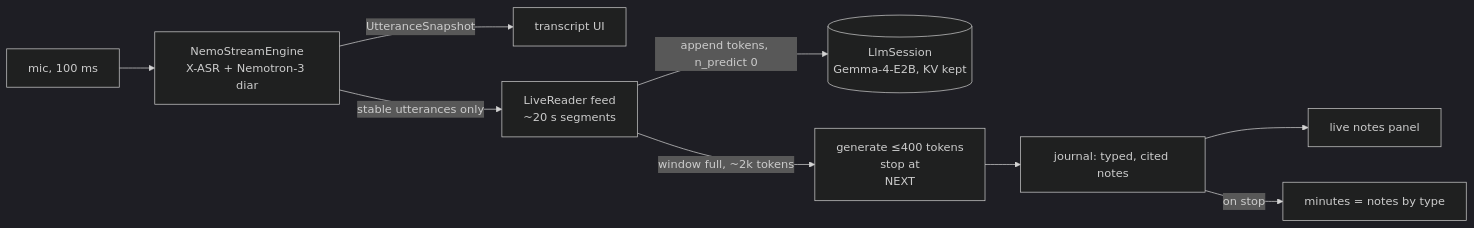
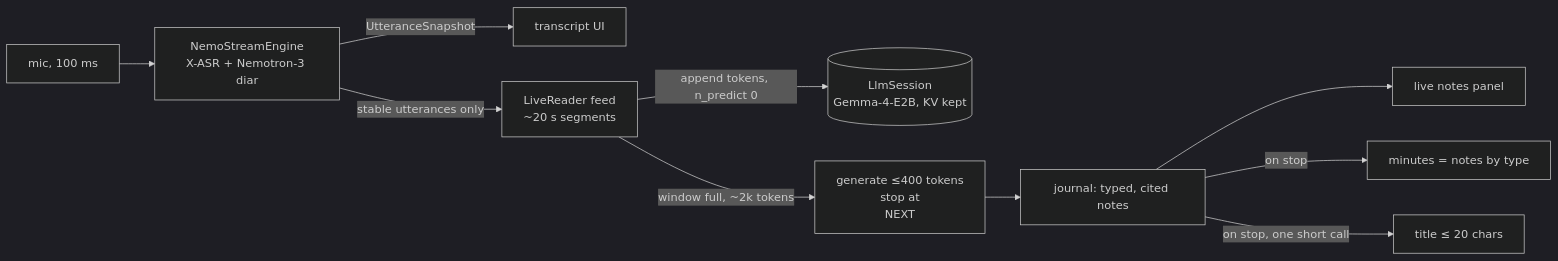
Before and after one commit to vieenrose/meeting-summarizer: the diagram in docs/voxsumdroid-integration.md, drawn with Mermaid (dark theme). The commit also changed other lines of this file and 1 other file, not shown here.

````diff
--- a/docs/voxsumdroid-integration.md
+++ b/docs/voxsumdroid-integration.md
@@ -21,11 +21,12 @@
 ```mermaid
 flowchart LR
     MIC[mic, 100 ms] --> ENG[NemoStreamEngine<br/>X-ASR + Nemotron-3 diar]
     ENG -->|UtteranceSnapshot| UI[transcript UI]
     ENG -->|stable utterances only| FEED[LiveReader feed<br/>~20 s segments]
     FEED -->|append tokens, n_predict 0| LLM[(LlmSession<br/>Gemma-4-E2B, KV kept)]
     FEED -->|window full, ~2k tokens| TURN[generate ≤400 tokens<br/>stop at \nNEXT]
     TURN --> NOTES[journal: typed, cited notes]
     NOTES --> UI2[live notes panel]
     NOTES -->|on stop| MIN[minutes = notes by type]
+    NOTES -->|on stop, one short call| TTL[title ≤ 20 chars]
 ```
````
